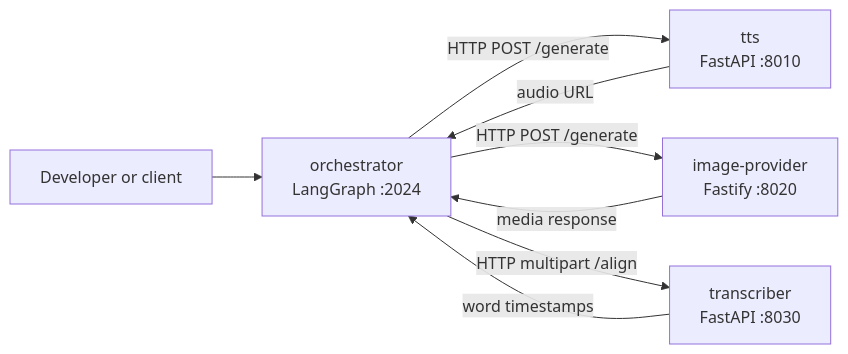
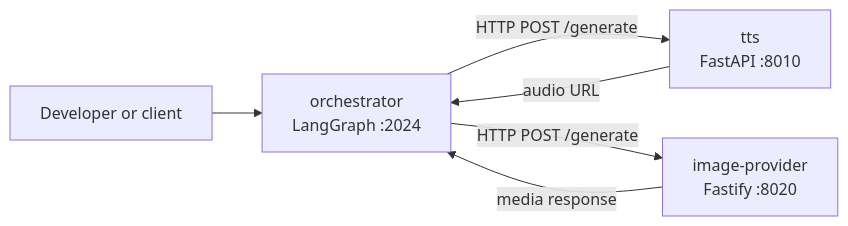
Before and after one commit to azuy212/Story-Forge: the diagram in README.md, drawn with Mermaid. The commit also changed other lines of this file and 28 other files, not shown here.

````diff
--- a/README.md
+++ b/README.md
@@ -14,10 +14,8 @@
 ```mermaid
 flowchart LR
     U[Developer or client] --> O[orchestrator\nLangGraph :2024]
     O -->|HTTP POST /generate| T[tts\nFastAPI :8010]
     O -->|HTTP POST /generate| I[image-provider\nFastify :8020]
-    O -->|HTTP multipart /align| X[transcriber\nFastAPI :8030]
     T -->|audio URL| O
     I -->|media response| O
-    X -->|word timestamps| O
 ```
````
